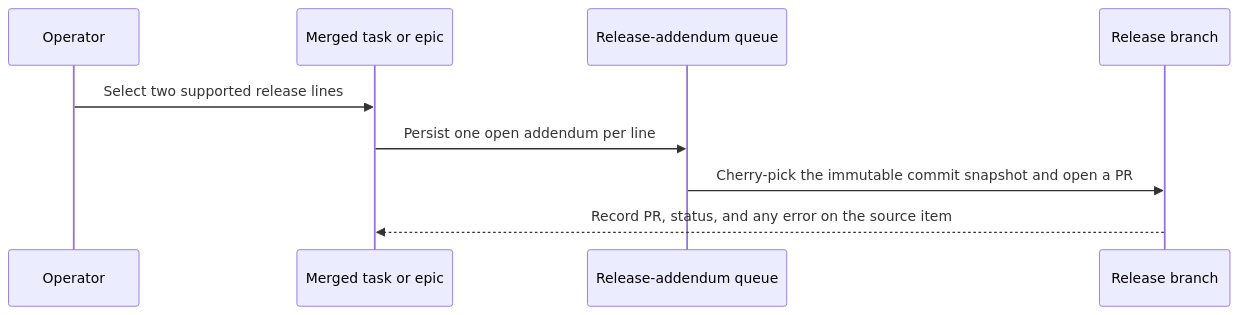
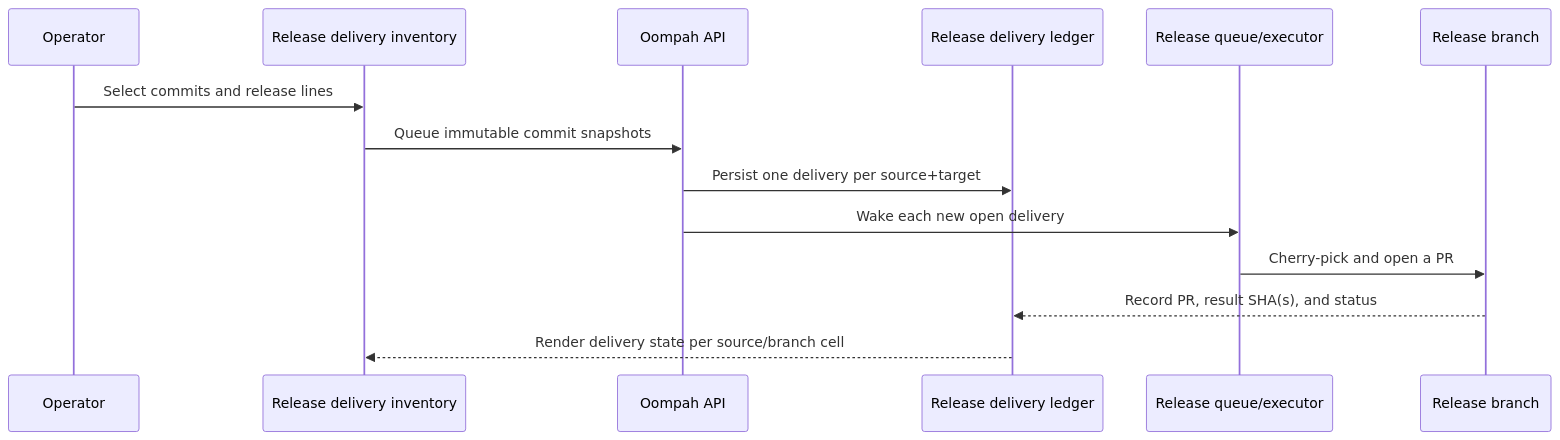
One commit to lesserevil/oompah changed the diagram in docs/release-addendums.md. Above: the diagram before and after it, drawn with Mermaid. The commit also changed other lines of this file and 5 other files, not shown here.

First line of the commit message:
OOMPAH-201: Document and deprecate the old release-branch inspector

````diff
--- a/docs/release-addendums.md
+++ b/docs/release-addendums.md
@@ -61,12 +144,17 @@
 ```mermaid
 sequenceDiagram
     participant O as Operator
-    participant T as Merged task or epic
-    participant Q as Release-addendum queue
+    participant I as Release delivery inventory
+    participant API as Oompah API
+    participant L as Release delivery ledger
+    participant Q as Release queue/executor
     participant R as Release branch
 
-    O->>T: Select two supported release lines
-    T->>Q: Persist one open addendum per line
-    Q->>R: Cherry-pick the immutable commit snapshot and open a PR
-    R-->>T: Record PR, status, and any error on the source item
+    O->>I: Select commits and release lines
+    I->>API: Queue immutable commit snapshots
+    API->>L: Persist one delivery per source+target
+    API->>Q: Wake each new open delivery
+    Q->>R: Cherry-pick and open a PR
+    R-->>L: Record PR, result SHA(s), and status
+    L-->>I: Render delivery state per source/branch cell
 ```
````
